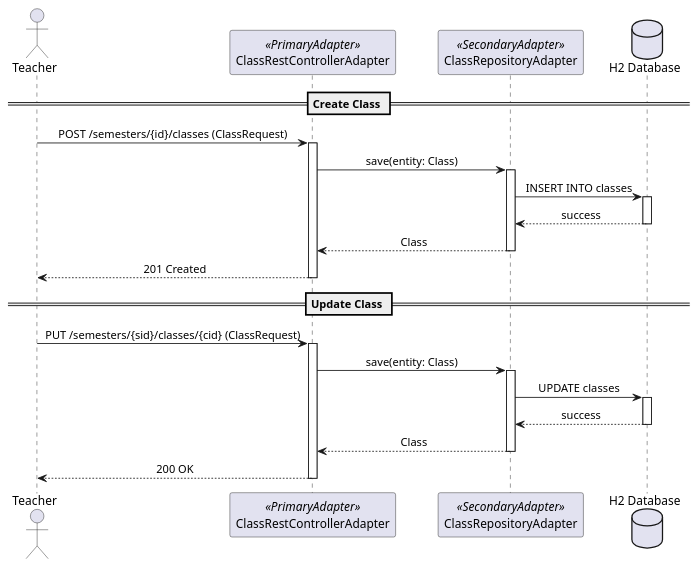
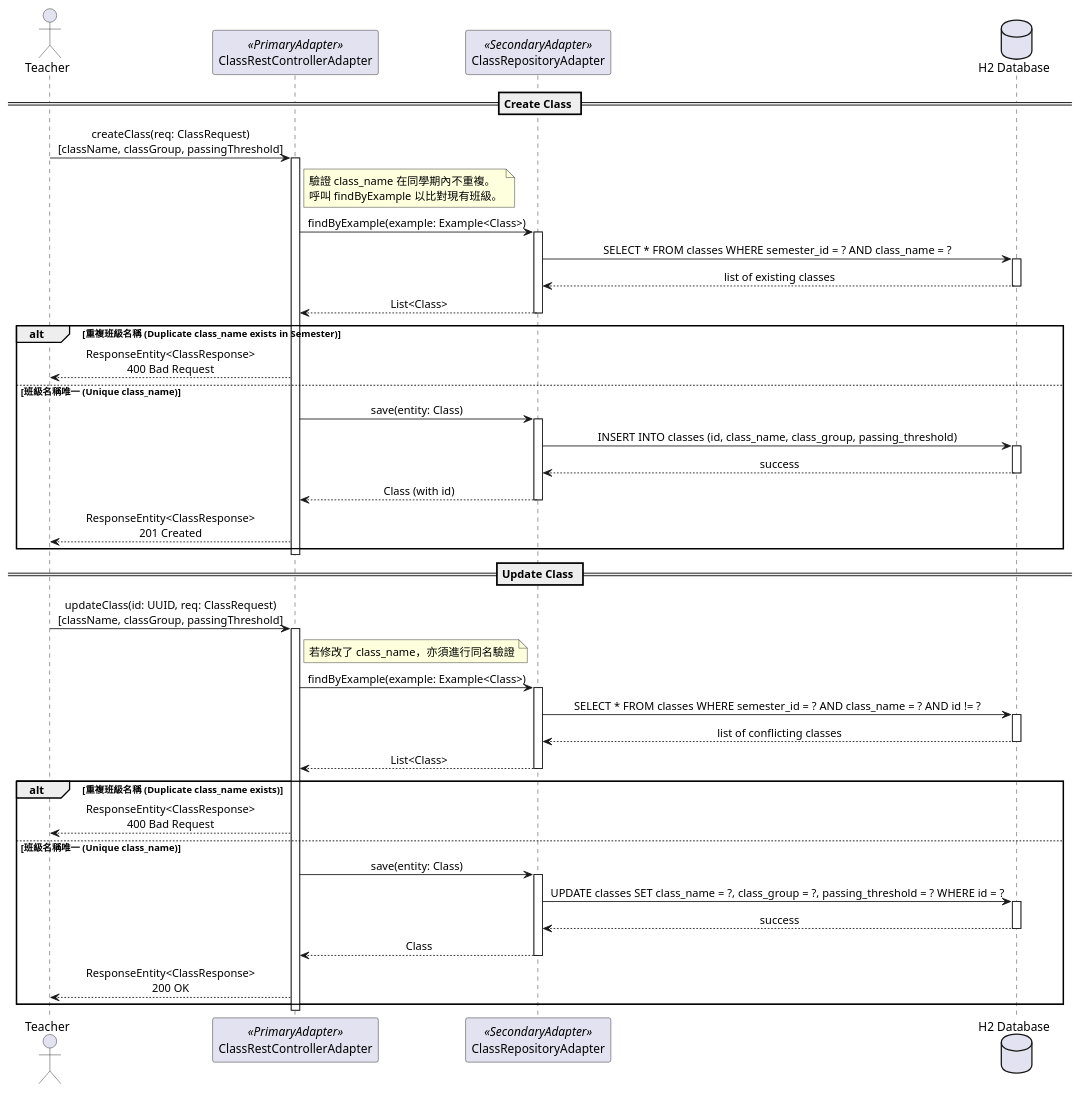
Before and after one commit to linuschien/score-assistant: the diagram in docs/02-design-specs/uml/sequences/user-class-management.puml, drawn with PlantUML. The commit also changed 3 other files, not shown here.

Commit message:
docs: add student import/export sequence diagrams and update student management specifications with conflict validation logic

```diff
--- a/docs/02-design-specs/uml/sequences/user-class-management.puml
+++ b/docs/02-design-specs/uml/sequences/user-class-management.puml
@@ -1,42 +1,82 @@
 @startuml user-class-management
 !pragma layout smetana
 skinparam backgroundColor #FFFFFF
 skinparam sequence {
     ParticipantPadding 20
     MessageAlign center
 }
 
+' ── 對應契約: class_contract.puml ──────────────────────────────────────────
+' ── 對應 BDD: class_management.feature ──────────────────────────────────────
+
 actor "Teacher" as U
 participant "ClassRestControllerAdapter" as PA <<PrimaryAdapter>>
 participant "ClassRepositoryAdapter" as SA <<SecondaryAdapter>>
 database "H2 Database" as DB
 
 == Create Class ==
-U -> PA : POST /semesters/{id}/classes (ClassRequest)
+U -> PA : createClass(req: ClassRequest)\n[className, classGroup, passingThreshold]
 activate PA
-PA -> SA : save(entity: Class)
+
+note right of PA
+  驗證 class_name 在同學期內不重複。
+  呼叫 findByExample 以比對現有班級。
+end note
+
+PA -> SA : findByExample(example: Example<Class>)
 activate SA
-SA -> DB : INSERT INTO classes
+SA -> DB : SELECT * FROM classes WHERE semester_id = ? AND class_name = ?
 activate DB
-DB --> SA : success
+DB --> SA : list of existing classes
 deactivate DB
-SA --> PA : Class
+SA --> PA : List<Class>
 deactivate SA
-PA --> U : 201 Created
+
+alt 重複班級名稱 (Duplicate class_name exists in Semester)
+    PA --> U : ResponseEntity<ClassResponse>\n400 Bad Request
+else 班級名稱唯一 (Unique class_name)
+    PA -> SA : save(entity: Class)
+    activate SA
+    SA -> DB : INSERT INTO classes (id, class_name, class_group, passing_threshold)
+    activate DB
+    DB --> SA : success
+    deactivate DB
+    SA --> PA : Class (with id)
+    deactivate SA
+    PA --> U : ResponseEntity<ClassResponse>\n201 Created
+end
 deactivate PA
 
 == Update Class ==
-U -> PA : PUT /semesters/{sid}/classes/{cid} (ClassRequest)
+U -> PA : updateClass(id: UUID, req: ClassRequest)\n[className, classGroup, passingThreshold]
 activate PA
-PA -> SA : save(entity: Class)
+
+note right of PA
+  若修改了 class_name，亦須進行同名驗證
+end note
+
+PA -> SA : findByExample(example: Example<Class>)
 activate SA
-SA -> DB : UPDATE classes
+SA -> DB : SELECT * FROM classes WHERE semester_id = ? AND class_name = ? AND id != ?
 activate DB
-DB --> SA : success
+DB --> SA : list of conflicting classes
 deactivate DB
-SA --> PA : Class
+SA --> PA : List<Class>
 deactivate SA
-PA --> U : 200 OK
+
+alt 重複班級名稱 (Duplicate class_name exists)
+    PA --> U : ResponseEntity<ClassResponse>\n400 Bad Request
+else 班級名稱唯一 (Unique class_name)
+    PA -> SA : save(entity: Class)
+    activate SA
+    SA -> DB : UPDATE classes SET class_name = ?, class_group = ?, passing_threshold = ? WHERE id = ?
+    activate DB
+    DB --> SA : success
+    deactivate DB
+    SA --> PA : Class
+    deactivate SA
+    PA --> U : ResponseEntity<ClassResponse>\n200 OK
+end
 deactivate PA
 
 @enduml
```
